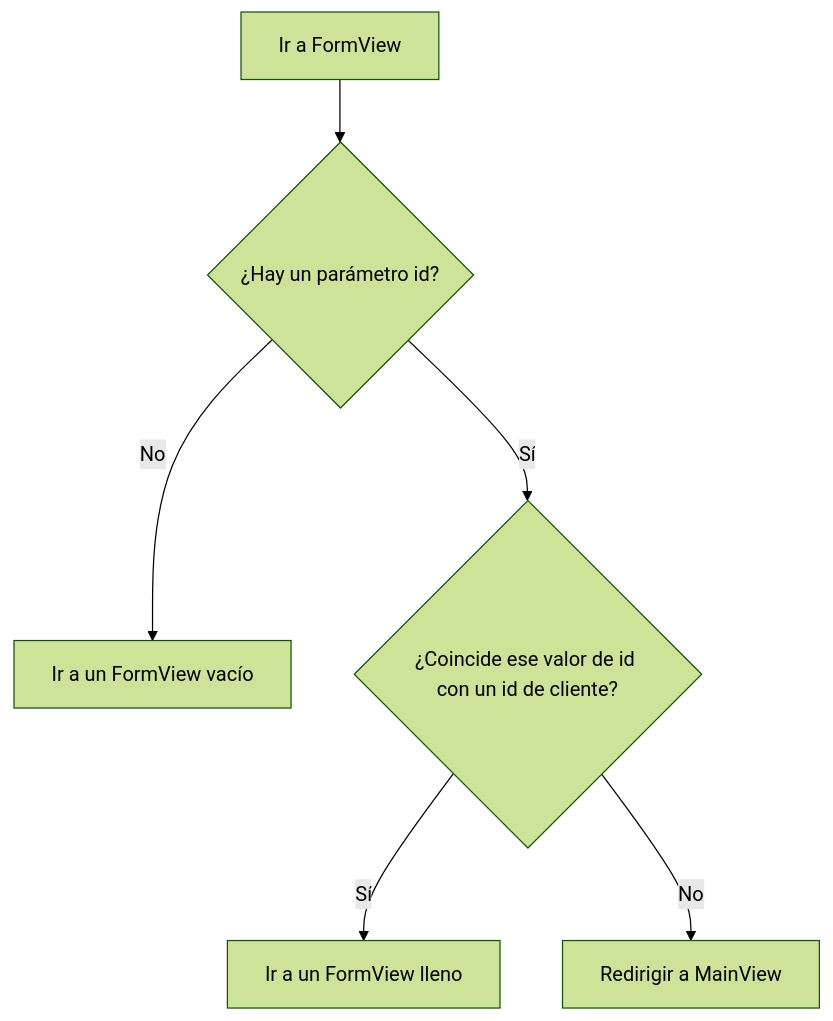
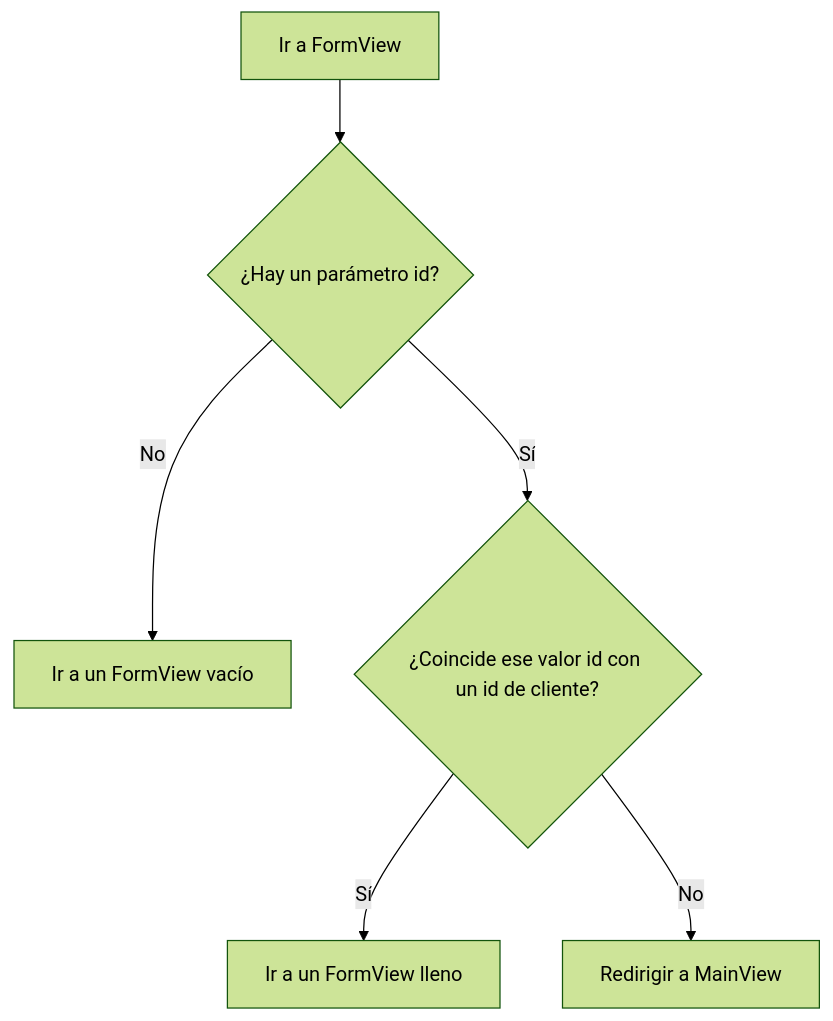
Before and after one commit to webforj/webforj-documentation: the diagram in docs/i18n/es/docusaurus-plugin-content-docs/current/introduction/tutorial/observers-and-route-parameters.md, drawn with Mermaid (forest theme). The commit also changed other lines of this file and 1016 other files, not shown here.

````diff
--- a/docs/i18n/es/docusaurus-plugin-content-docs/current/introduction/tutorial/observers-and-route-parameters.md
+++ b/docs/i18n/es/docusaurus-plugin-content-docs/current/introduction/tutorial/observers-and-route-parameters.md
@@ -72,8 +72,8 @@
 ```mermaid
 flowchart TD
     A[Ir a FormView] --> B{¿Hay un parámetro id?}
     B -->|No| C[Ir a un FormView vacío]
-    B -->|Sí| D{¿Coincide ese valor de id con un id de cliente?}
+    B -->|Sí| D{¿Coincide ese valor id con un id de cliente?}
     D -->|Sí| E[Ir a un FormView lleno]
     D -->|No| F[Redirigir a MainView]
 ```
````
